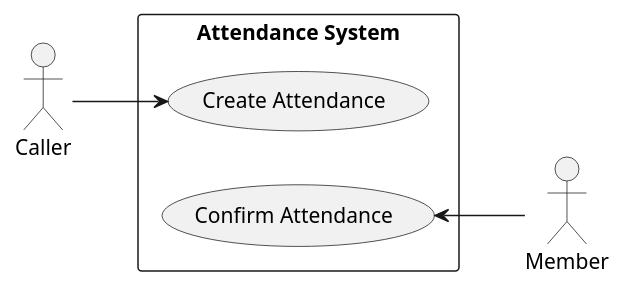
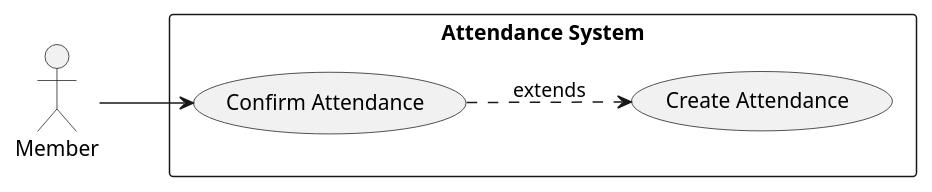
One commit to fwidjaya20/fazzlearning-uml changed the diagram in UseCase/Release03/AttendanceSubSystem.wsd. Above: the diagram before and after it, drawn with PlantUML. The commit also changed 30 other files, not shown here.

```diff
--- a/UseCase/Release03/AttendanceSubSystem.wsd
+++ b/UseCase/Release03/AttendanceSubSystem.wsd
@@ -1,18 +1,17 @@
 @startuml AttendanceSubSystem
 
 left to right direction
 
 skinparam Monochrome true
 skinparam Shadowing false
 skinparam packageStyle rectangle
 
-actor Caller
 actor Member
 
 rectangle "Attendance System" {
-    Caller --> (Create Attendance)
+    Member --> (Confirm Attendance)
 
-    (Confirm Attendance) <-- Member
+    (Confirm Attendance) ..> (Create Attendance) : extends
 }
 
 @enduml
```
